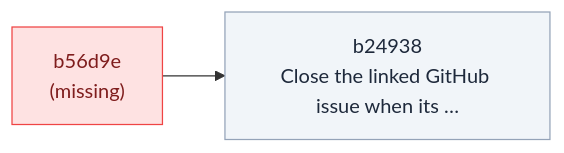
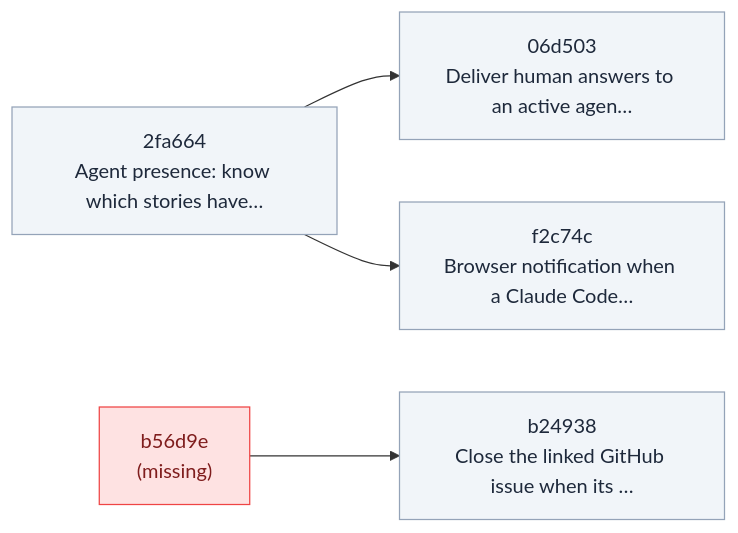
One commit to Vitund-AI/skald changed the diagram in .skald/README.md. Above: the diagram before and after it, drawn with Mermaid. The commit also changed other lines of this file and 4 other files, not shown here.

````diff
--- a/.skald/README.md
+++ b/.skald/README.md
@@ -24,10 +16,15 @@
 ```mermaid
 flowchart LR
+    n_06d503["06d503<br/>Deliver human answers to an active agen…"]
+    n_2fa664["2fa664<br/>Agent presence: know which stories have…"]
     n_b24938["b24938<br/>Close the linked GitHub issue when its …"]
     n_b56d9e["b56d9e<br/>(missing)"]
+    n_f2c74c["f2c74c<br/>Browser notification when a Claude Code…"]
     n_b56d9e --> n_b24938
+    n_2fa664 --> n_06d503
+    n_2fa664 --> n_f2c74c
     classDef backlog fill:#f1f5f9,stroke:#94a3b8,color:#1e293b
     classDef unknown fill:#fee2e2,stroke:#ef4444,color:#7f1d1d
+    class n_06d503,n_2fa664,n_b24938,n_f2c74c backlog
     class n_b56d9e unknown
-    class n_b24938 backlog
 ```
````
